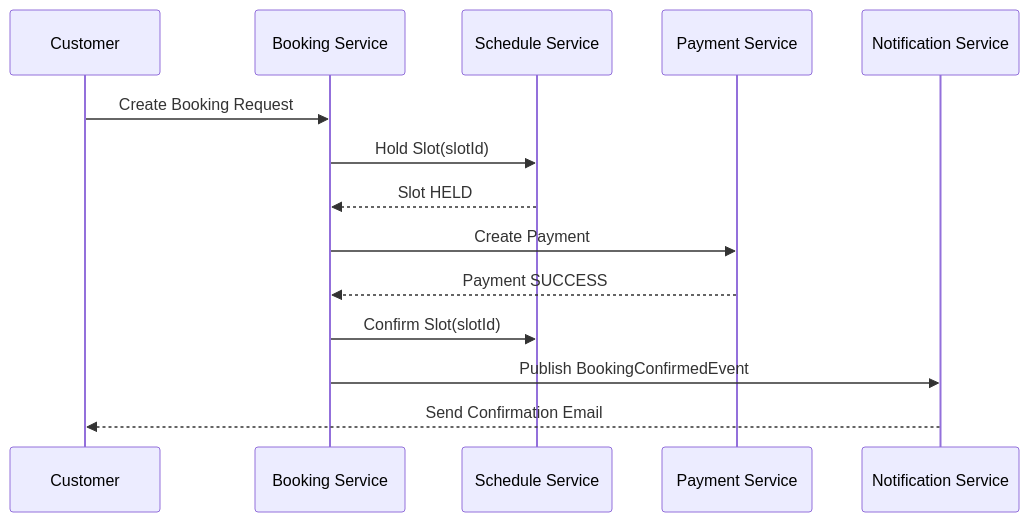
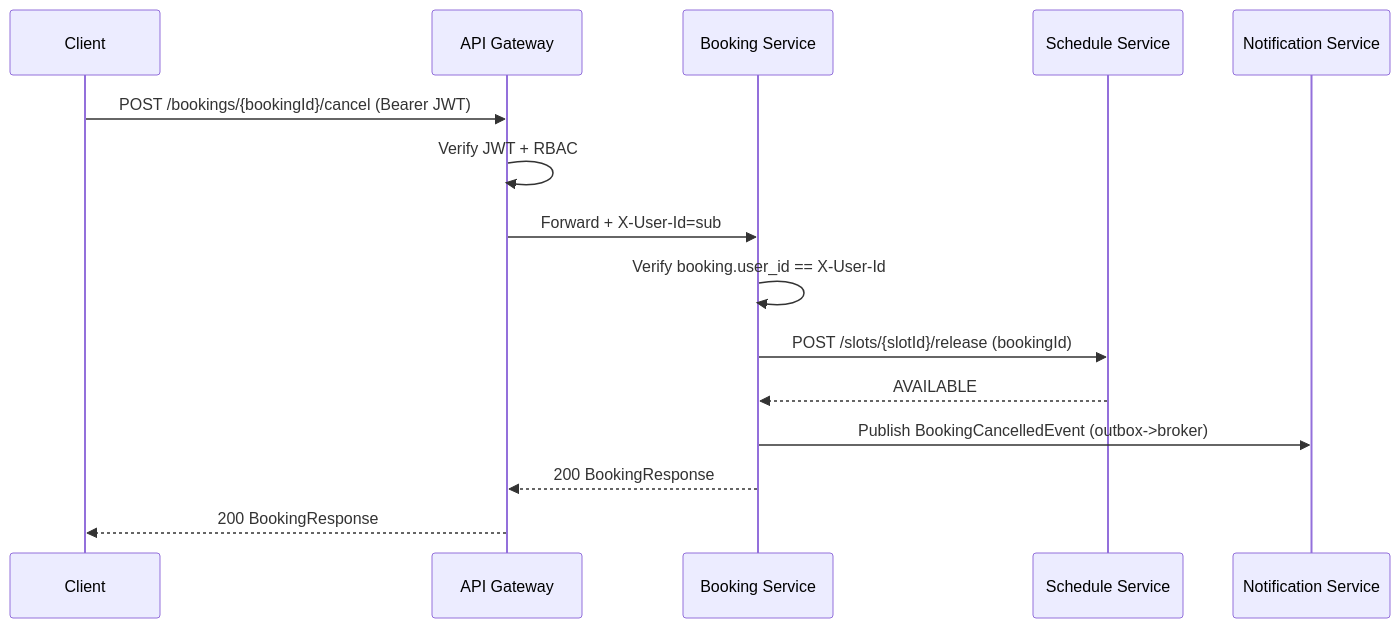
One commit to Taingovan97/spa-booking-platform changed the third of 3 diagrams in README.md. Above: the diagram before and after it, drawn with Mermaid. The commit also changed other lines of this file and 2 other files, not shown here.

````diff
--- a/README.md
+++ b/README.md
@@ -422,17 +512,20 @@
 ```mermaid
 sequenceDiagram
-    participant C as Customer
-    participant B as Booking Service
-    participant S as Schedule Service
-    participant P as Payment Service
-    participant N as Notification Service
+  participant C as Client
+  participant G as API Gateway
+  participant B as Booking Service
+  participant S as Schedule Service
+  participant N as Notification Service
 
-    C->>B: Create Booking Request
-    B->>S: Hold Slot(slotId)
-    S-->>B: Slot HELD
-    B->>P: Create Payment
-    P-->>B: Payment SUCCESS
-    B->>S: Confirm Slot(slotId)
-    B->>N: Publish BookingConfirmedEvent
-    N-->>C: Send Confirmation Email
+  C->>G: POST /bookings/{bookingId}/cancel (Bearer JWT)
+  G->>G: Verify JWT + RBAC
+  G->>B: Forward + X-User-Id=sub
+
+  B->>B: Verify booking.user_id == X-User-Id
+  B->>S: POST /slots/{slotId}/release (bookingId)
+  S-->>B: AVAILABLE
+
+  B->>N: Publish BookingCancelledEvent (outbox->broker)
+  B-->>G: 200 BookingResponse
+  G-->>C: 200 BookingResponse
 ```
````
